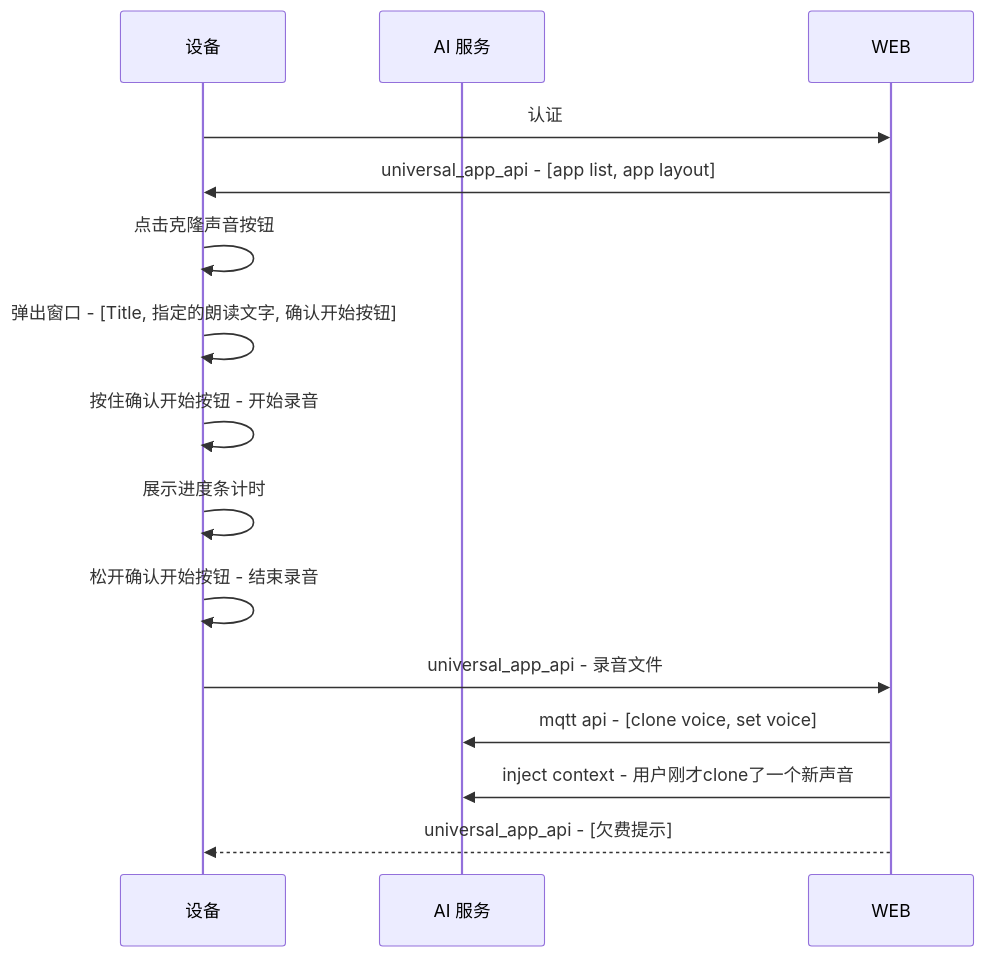
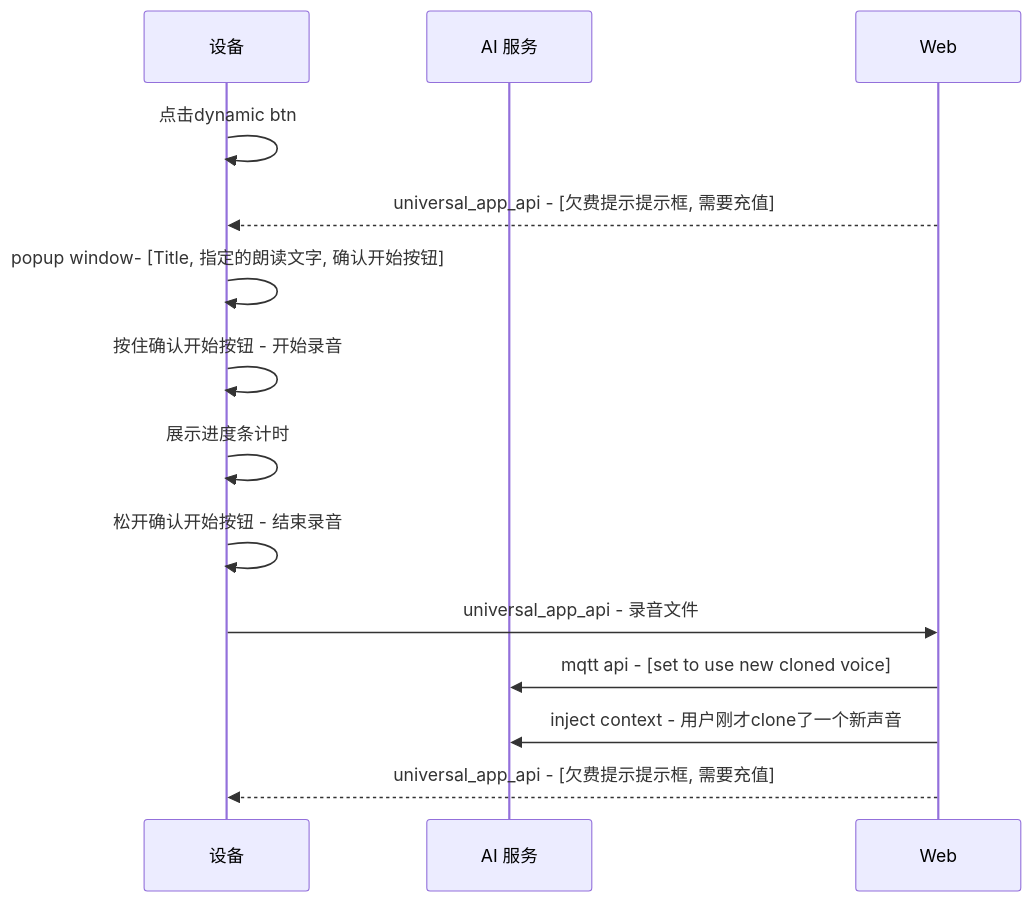
One commit to shaojun/open_docs changed the seventh of 7 diagrams in projects/commercial/USER_STORY.md. Above: the diagram before and after it, drawn with Mermaid. The commit also changed other lines of this file, not shown here.

````diff
--- a/projects/commercial/USER_STORY.md
+++ b/projects/commercial/USER_STORY.md
@@ -97,16 +119,15 @@
 ```mermaid
 sequenceDiagram
     participant Device as 设备
     participant AIService as AI 服务
-    Device->>WEB: 认证
-    WEB->>Device: universal_app_api - [app list, app layout]
-    Device->>Device: 点击克隆声音按钮
-    Device->>Device: 弹出窗口 - [Title, 指定的朗读文字, 确认开始按钮]
+    Device->>Device: 点击dynamic btn
+    Web-->>Device: universal_app_api - [欠费提示提示框, 需要充值]
+    Device->>Device: popup window- [Title, 指定的朗读文字, 确认开始按钮]
     Device->>Device: 按住确认开始按钮 - 开始录音
     Device->>Device: 展示进度条计时
     Device->>Device: 松开确认开始按钮 - 结束录音
-    Device->>WEB: universal_app_api - 录音文件
-    WEB->>AIService: mqtt api - [clone voice, set voice]
-    WEB->>AIService: inject context - 用户刚才clone了一个新声音
-    WEB-->>Device: universal_app_api - [欠费提示]
+    Device->>Web: universal_app_api - 录音文件
+    Web->>AIService: mqtt api - [set to use new cloned voice]
+    Web->>AIService: inject context - 用户刚才clone了一个新声音
+    Web-->>Device: universal_app_api - [欠费提示提示框, 需要充值]
 ```
````
